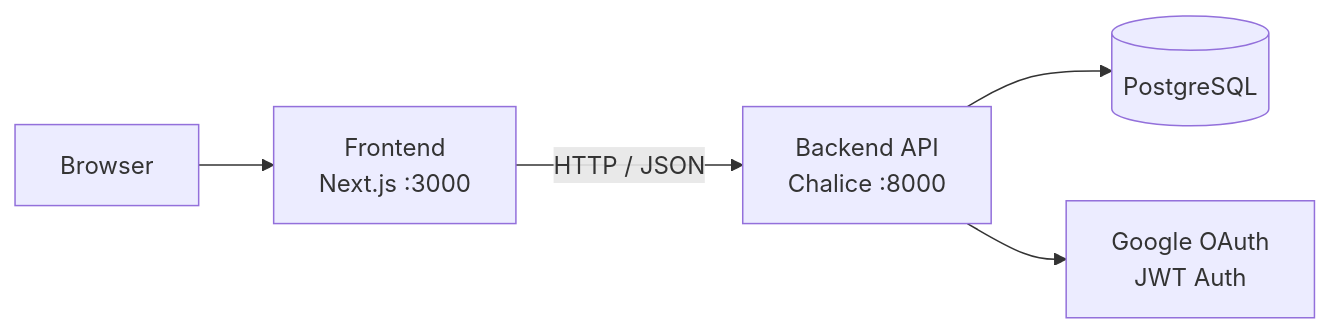
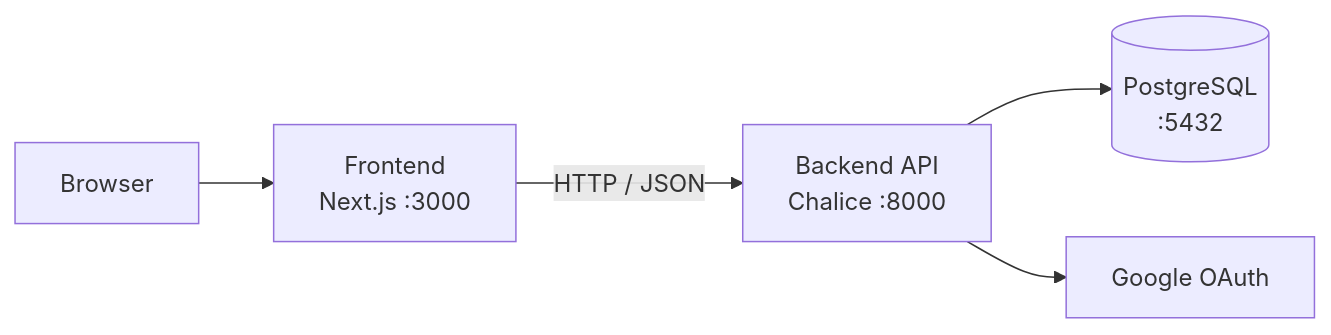
One commit to salieri009/ToyProject-Gundam changed the diagram in README.en.md. Above: the diagram before and after it, drawn with Mermaid. The commit also changed other lines of this file and 2 other files, not shown here.

````diff
--- a/README.en.md
+++ b/README.en.md
@@ -39,7 +109,7 @@
 ```mermaid
 flowchart LR
     U[Browser] --> F[Frontend\nNext.js :3000]
     F -->|HTTP / JSON| A[Backend API\nChalice :8000]
-    A --> D[(PostgreSQL)]
-    A --> I[Google OAuth\nJWT Auth]
+    A --> D[(PostgreSQL\n:5432)]
+    A --> G[Google OAuth]
 ```
````
